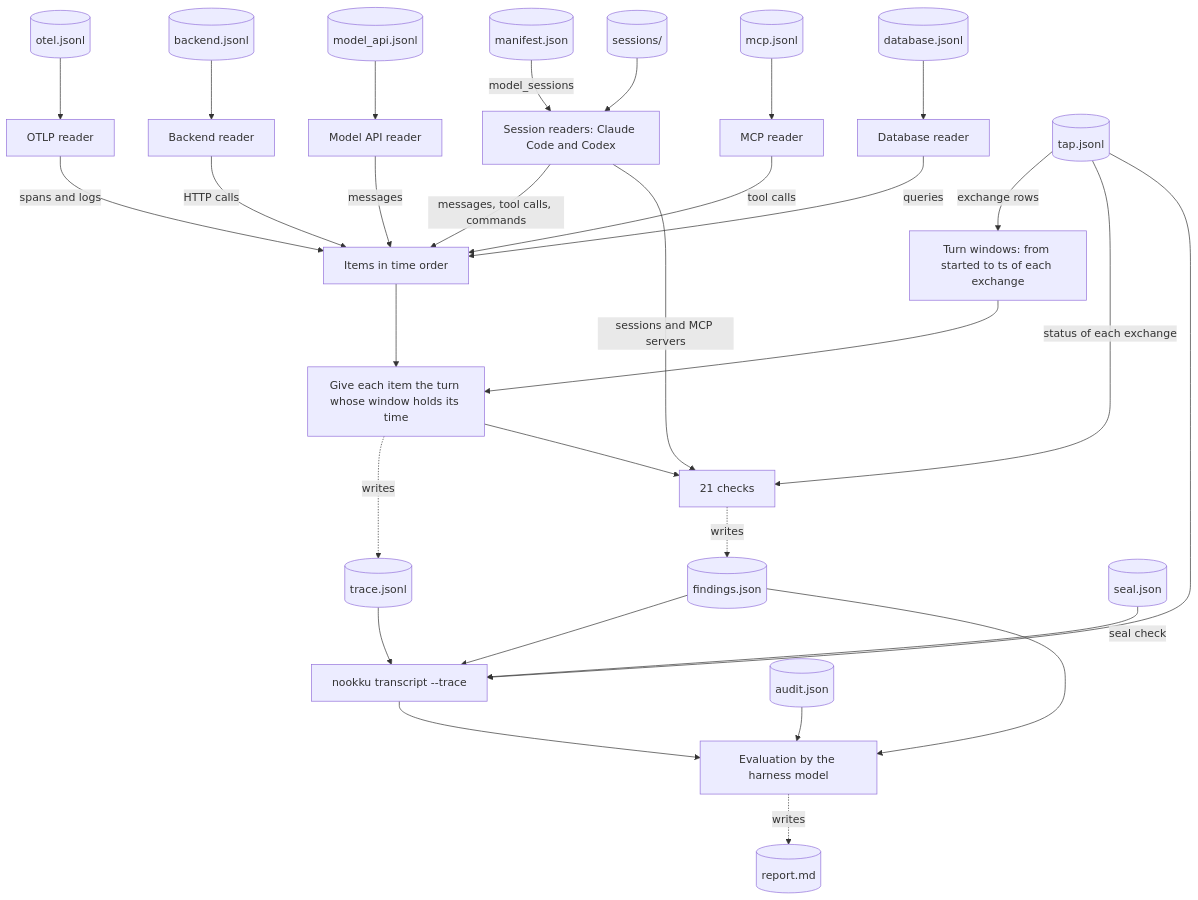
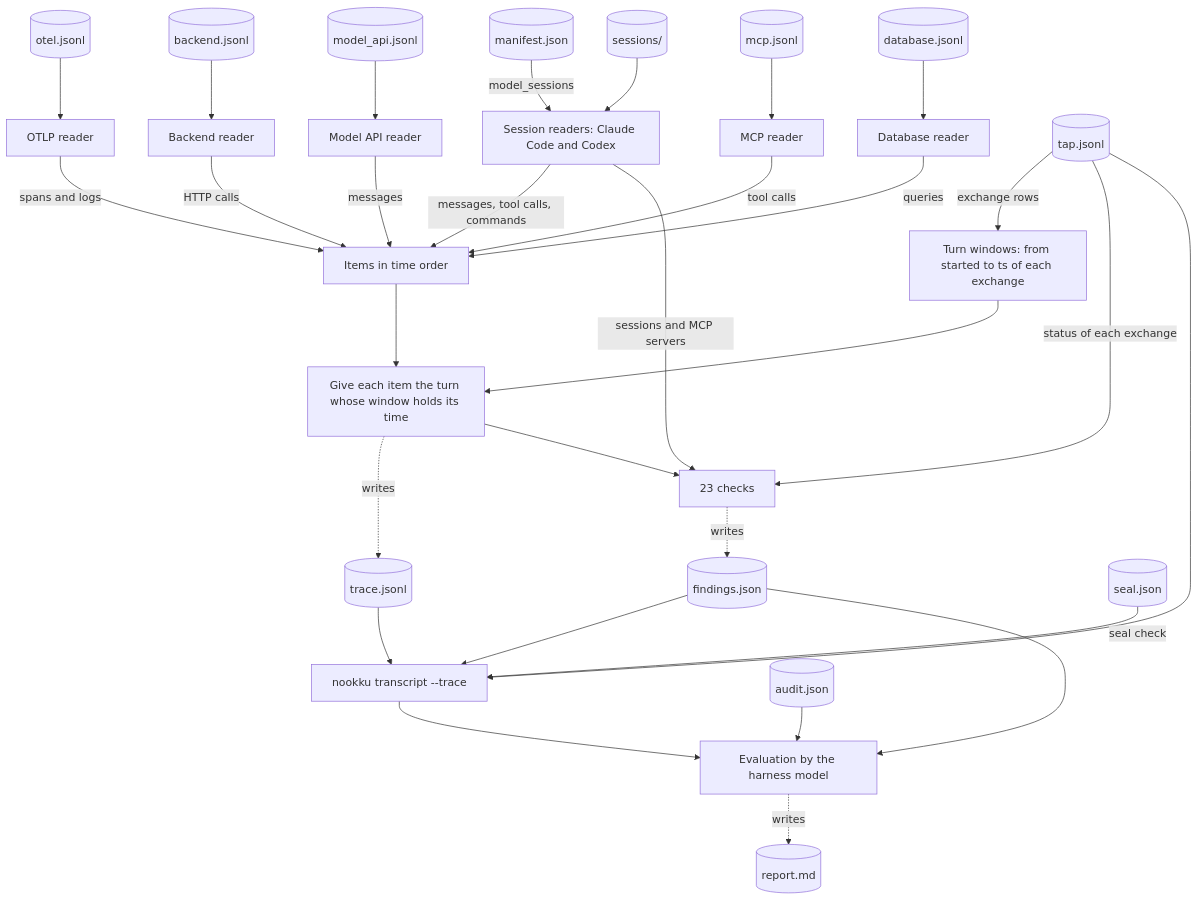
One commit to mohanraj00/nookku changed the fourth of 4 diagrams in docs/architecture.md. Above: the diagram before and after it, drawn with Mermaid. The commit also changed other lines of this file and 62 other files, not shown here.

````diff
--- a/docs/architecture.md
+++ b/docs/architecture.md
@@ -213,32 +213,32 @@
 ```mermaid
 flowchart TB
     manifestrec[(manifest.json)] -->|model_sessions| sreaders[Session readers: Claude Code and Codex]
     sessions[(sessions/)] --> sreaders
     otelrec[(otel.jsonl)] --> oreader[OTLP reader]
     backendrec[(backend.jsonl)] --> breader[Backend reader]
     modelrec[(model_api.jsonl)] --> mreader[Model API reader]
     mcprec[(mcp.jsonl)] --> mcpreader[MCP reader]
     dbrec[(database.jsonl)] --> dbreader[Database reader]
     sreaders -->|messages, tool calls, commands| items[Items in time order]
     oreader -->|spans and logs| items
     breader -->|HTTP calls| items
     mreader -->|messages| items
     mcpreader -->|tool calls| items
     dbreader -->|queries| items
     taprec[(tap.jsonl)] -->|exchange rows| windows[Turn windows: from started to ts of each exchange]
     items --> assign[Give each item the turn whose window holds its time]
     windows --> assign
     assign -.->|writes| tracerec[(trace.jsonl)]
-    assign --> checks[21 checks]
+    assign --> checks[23 checks]
     sreaders -->|sessions and MCP servers| checks
     taprec -->|status of each exchange| checks
     checks -.->|writes| findingsrec[(findings.json)]
     taprec --> transcript[nookku transcript --trace]
     tracerec --> transcript
     findingsrec --> transcript
     sealrec[(seal.json)] -->|seal check| transcript
     transcript --> eval[Evaluation by the harness model]
     findingsrec --> eval
     auditrec[(audit.json)] --> eval
     eval -.->|writes| report[(report.md)]
 ```
````
